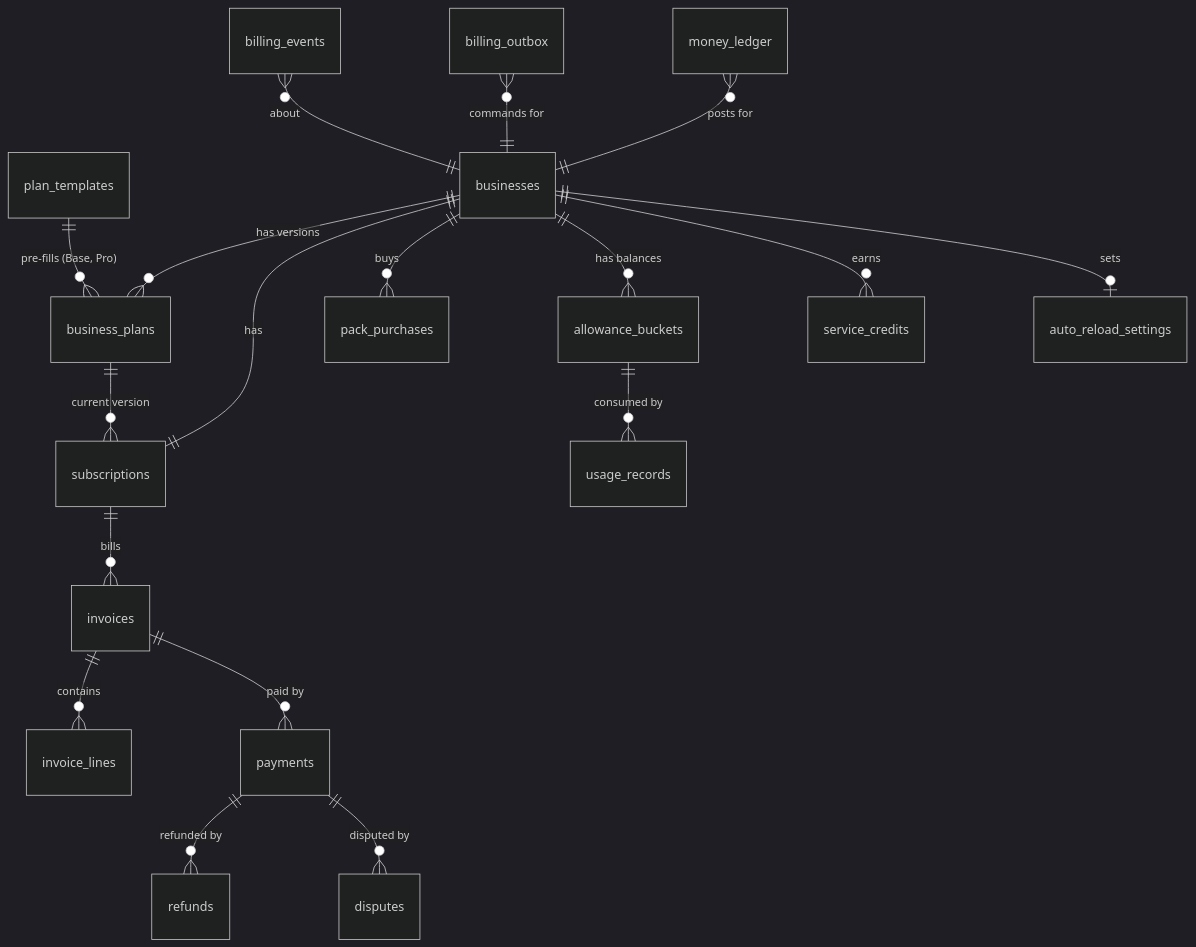
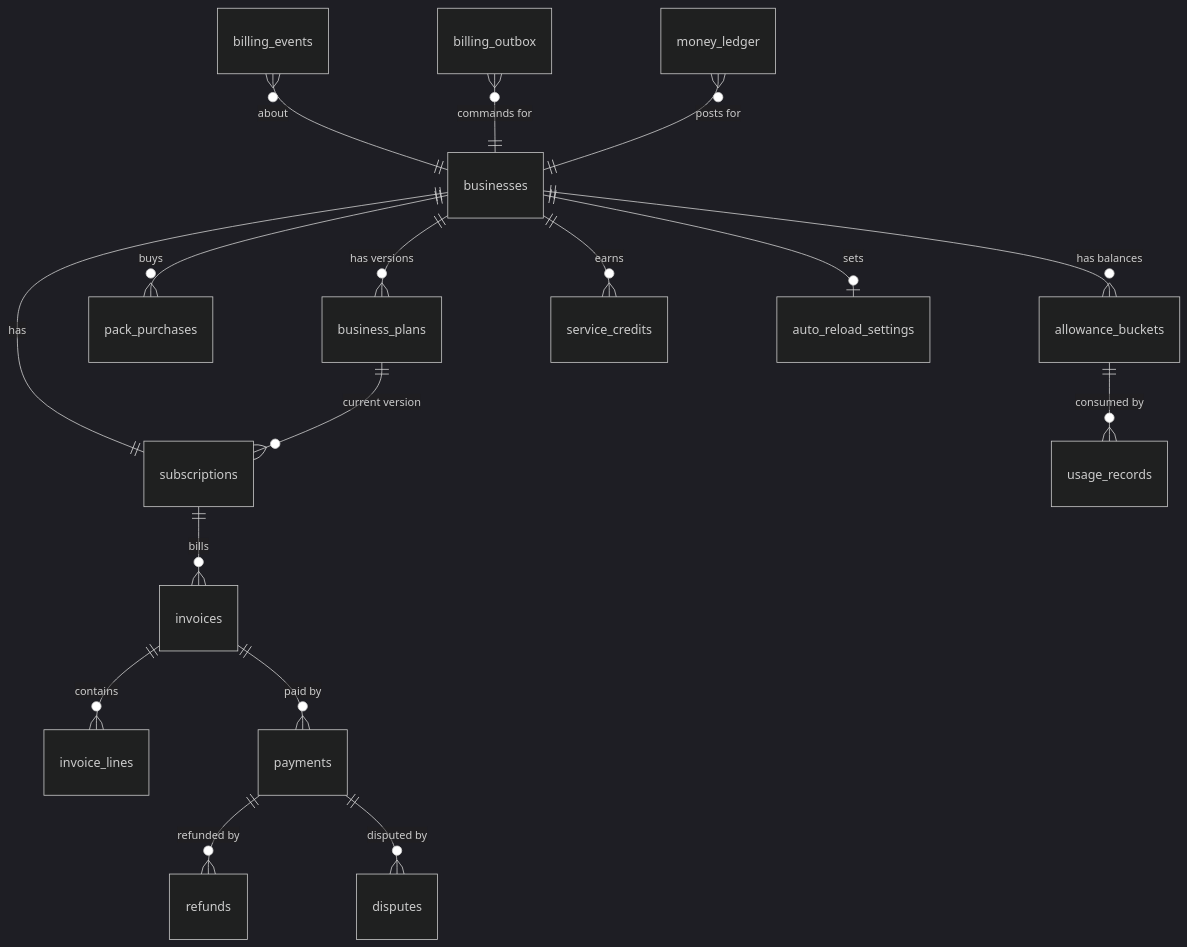
One commit to singhdhruv525-source/Zella-AI changed the third of 16 diagrams in docs/PAYMENTS_ARCHITECTURE.md. Above: the diagram before and after it, drawn with Mermaid (dark theme). The commit also changed other lines of this file and 3 other files, not shown here.

First line of the commit message:
Docs: no preset plan values; Base and Pro are labels only

````diff
--- a/docs/PAYMENTS_ARCHITECTURE.md
+++ b/docs/PAYMENTS_ARCHITECTURE.md
@@ -106,20 +106,19 @@
 ```mermaid
 erDiagram
-  plan_templates ||--o{ business_plans : "pre-fills (Base, Pro)"
   businesses ||--o{ business_plans : "has versions"
   businesses ||--|| subscriptions : has
   business_plans ||--o{ subscriptions : "current version"
   subscriptions ||--o{ invoices : bills
   invoices ||--o{ invoice_lines : contains
   invoices ||--o{ payments : "paid by"
   payments ||--o{ refunds : "refunded by"
   payments ||--o{ disputes : "disputed by"
   businesses ||--o{ pack_purchases : buys
   businesses ||--o{ allowance_buckets : "has balances"
   allowance_buckets ||--o{ usage_records : "consumed by"
   businesses ||--o{ service_credits : earns
   businesses ||--o| auto_reload_settings : sets
   billing_events }o--|| businesses : "about"
   billing_outbox }o--|| businesses : "commands for"
   money_ledger }o--|| businesses : "posts for"
 ```
````
